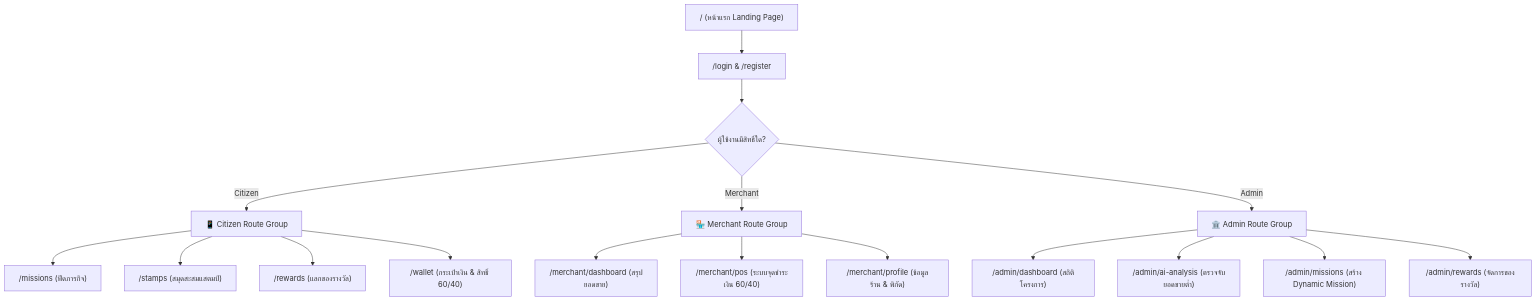
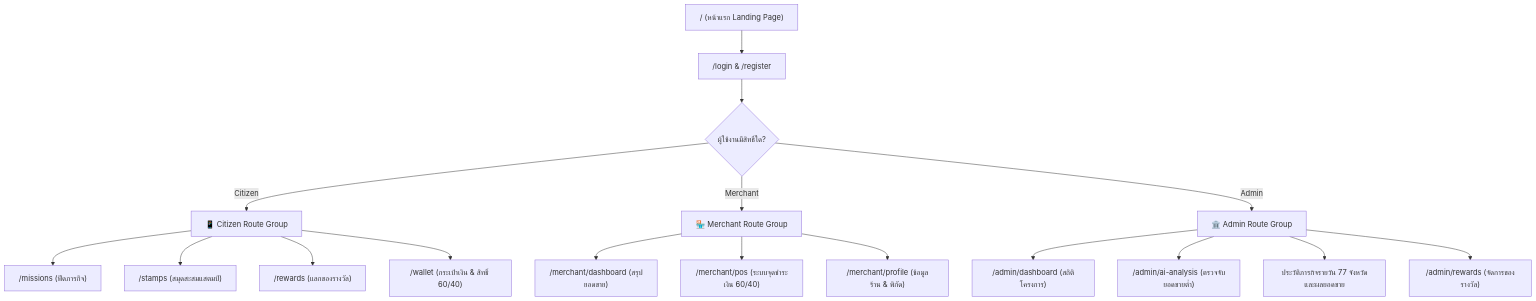
The diagram in protocol/UI_STRUCTURE.md (krittiyawadeeP/kai-chauy-roi--projectWebapp), drawn with Mermaid before and after one commit. The commit also changed other lines of this file and 32 other files, not shown here.

````diff
--- a/protocol/UI_STRUCTURE.md
+++ b/protocol/UI_STRUCTURE.md
@@ -84,23 +84,23 @@
 ```mermaid
 flowchart TD
     Root["/ (หน้าแรก Landing Page)"] --> Auth["/login & /register"]
     
     Auth --> CheckRole{ผู้ใช้งานมีสิทธิ์ใด?}
     
     CheckRole -->|Citizen| CitFlow["📱 Citizen Route Group"]
     CitFlow --> C1["/missions (ฟีดภารกิจ)"]
     CitFlow --> C2["/stamps (สมุดสะสมแสตมป์)"]
     CitFlow --> C3["/rewards (แลกของรางวัล)"]
     CitFlow --> C4["/wallet (กระเป๋าเงิน & สิทธิ์ 60/40)"]
     
     CheckRole -->|Merchant| MerFlow["🏪 Merchant Route Group"]
     MerFlow --> M1["/merchant/dashboard (สรุปยอดขาย)"]
     MerFlow --> M2["/merchant/pos (ระบบจุดชำระเงิน 60/40)"]
     MerFlow --> M3["/merchant/profile (ข้อมูลร้าน & พิกัด)"]
     
     CheckRole -->|Admin| AdmFlow["🏛️ Admin Route Group"]
     AdmFlow --> A1["/admin/dashboard (สถิติโครงการ)"]
     AdmFlow --> A2["/admin/ai-analysis (ตรวจจับยอดขายต่ำ)"]
-    AdmFlow --> A3["/admin/missions (สร้าง Dynamic Mission)"]
+    AdmFlow --> A3["ประวัติภารกิจรายวัน 77 จังหวัดและผลยอดขาย"]
     AdmFlow --> A4["/admin/rewards (จัดการของรางวัล)"]
 ```
````
